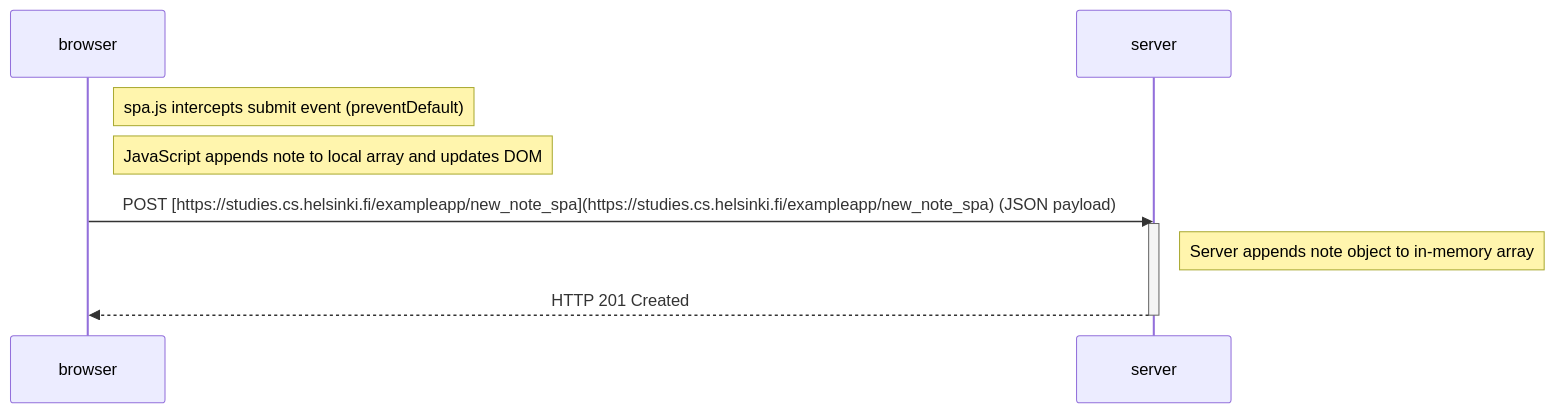
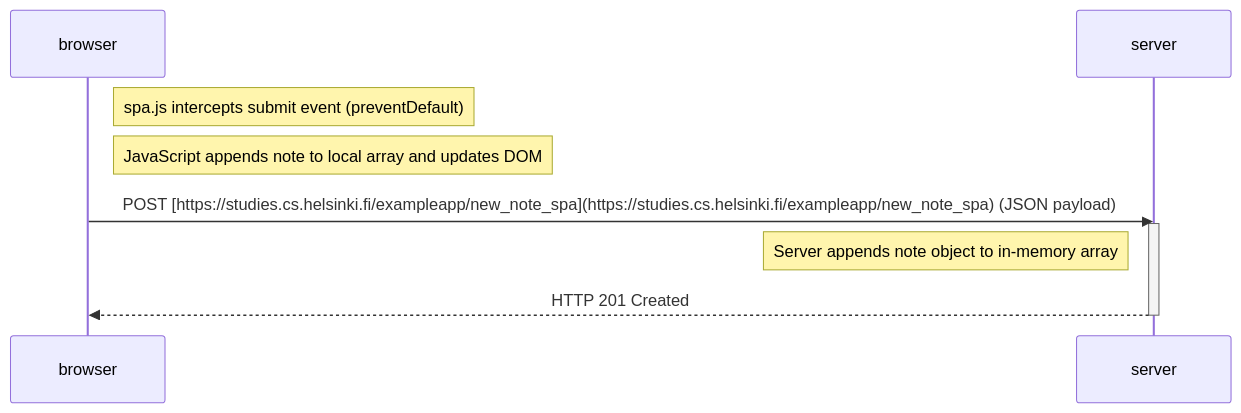
The third of 3 diagrams in part0/README.md (Maxigucci/fullstackopen), drawn with Mermaid before and after one commit.

Commit message:
saved the files

````diff
--- a/part0/README.md
+++ b/part0/README.md
@@ -80,14 +80,14 @@
 ```mermaid
 sequenceDiagram
   participant browser
   participant server
 
   Note right of browser: spa.js intercepts submit event (preventDefault)
   Note right of browser: JavaScript appends note to local array and updates DOM
 
   browser->>server: POST [https://studies.cs.helsinki.fi/exampleapp/new_note_spa](https://studies.cs.helsinki.fi/exampleapp/new_note_spa) (JSON payload)
   activate server
-  Note right of server: Server appends note object to in-memory array
+  Note left of server: Server appends note object to in-memory array
   server-->>browser: HTTP 201 Created
   deactivate server
 ```
````
